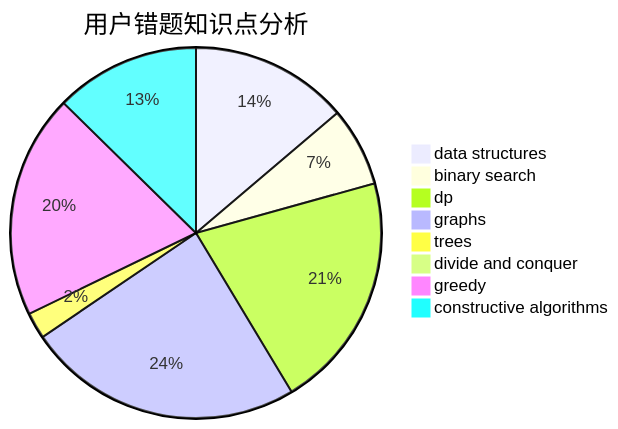
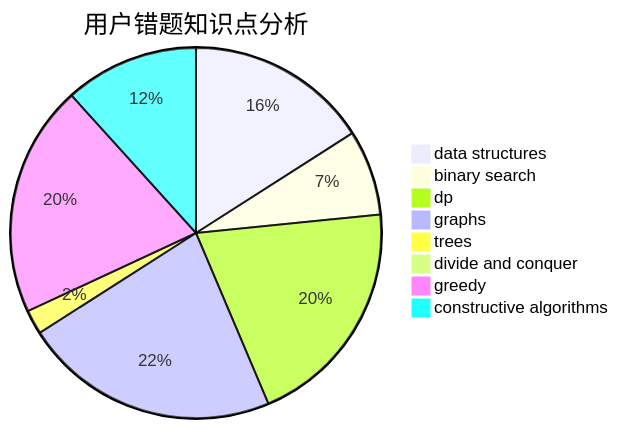
Before and after one commit to sherpahu/cfrs.github.io: the third of 3 diagrams in docs/user/u717.md, drawn with Mermaid. The commit also changed other lines of this file and 2770 other files, not shown here.

````diff
--- a/docs/user/u717.md
+++ b/docs/user/u717.md
@@ -36,11 +36,11 @@
 ```mermaid
 pie title 用户错题知识点分析
-    "data structures" :  12
-    "binary search" :  6
-    "dp" :  18
+    "data structures" :  15
+    "binary search" :  7
+    "dp" :  19
     "graphs" :  21
     "trees" :  2
     "divide and conquer" :  0
-    "greedy" :  17
+    "greedy" :  19
     "constructive algorithms" :  11
 ```
````
